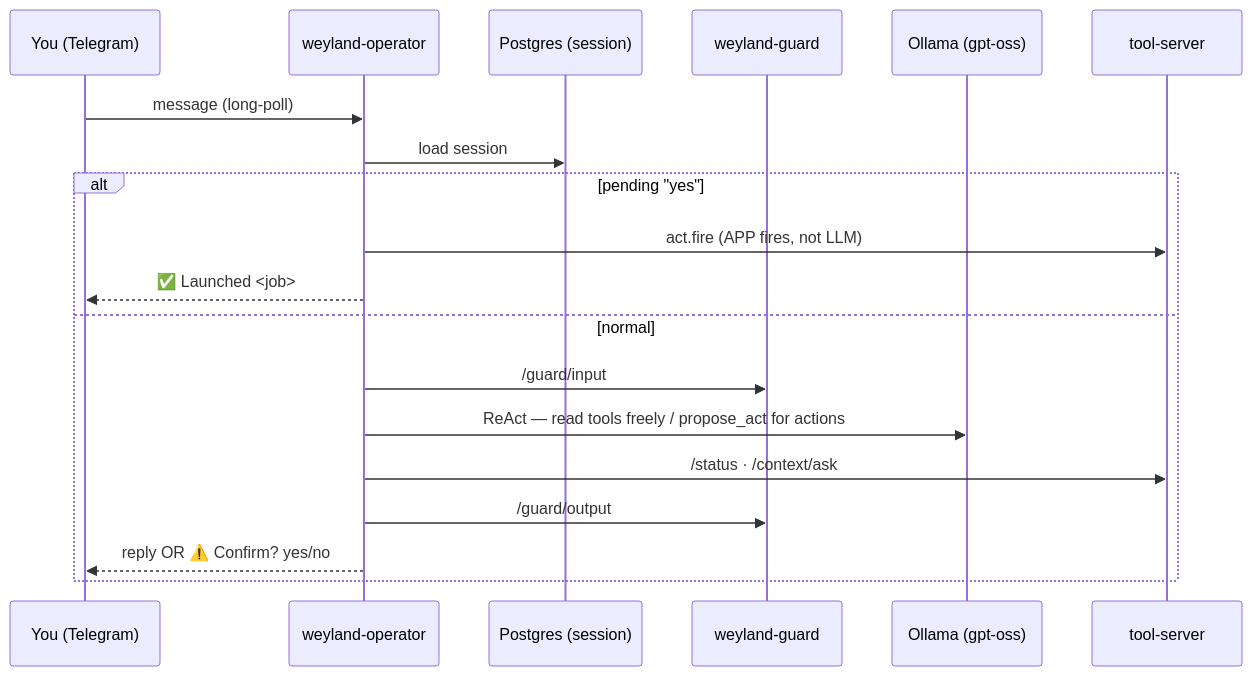
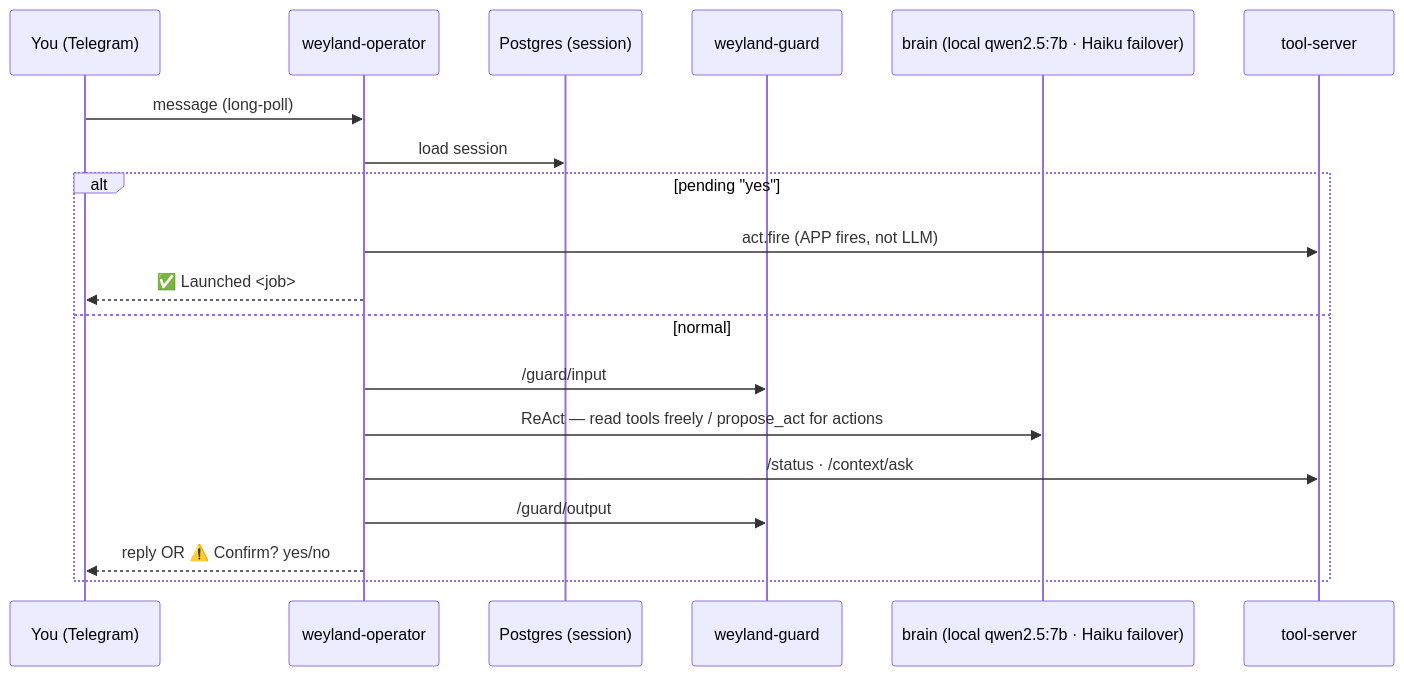
The diagram in docs/demos/operator.md (edtbl76/weyland-lab), drawn with Mermaid before and after one commit. The commit also changed other lines of this file and 6 other files, not shown here.

````diff
--- a/docs/demos/operator.md
+++ b/docs/demos/operator.md
@@ -14,21 +15,21 @@
 ```mermaid
 sequenceDiagram
     participant U as You (Telegram)
     participant O as weyland-operator
     participant S as Postgres (session)
     participant G as weyland-guard
-    participant L as Ollama (gpt-oss)
+    participant L as brain (local qwen2.5:7b · Haiku failover)
     participant T as tool-server
     U->>O: message (long-poll)
     O->>S: load session
     alt pending "yes"
         O->>T: act.fire (APP fires, not LLM)
         O-->>U: ✅ Launched <job>
     else normal
         O->>G: /guard/input
         O->>L: ReAct — read tools freely / propose_act for actions
         O->>T: /status · /context/ask
         O->>G: /guard/output
         O-->>U: reply OR ⚠️ Confirm? yes/no
     end
 ```
````
